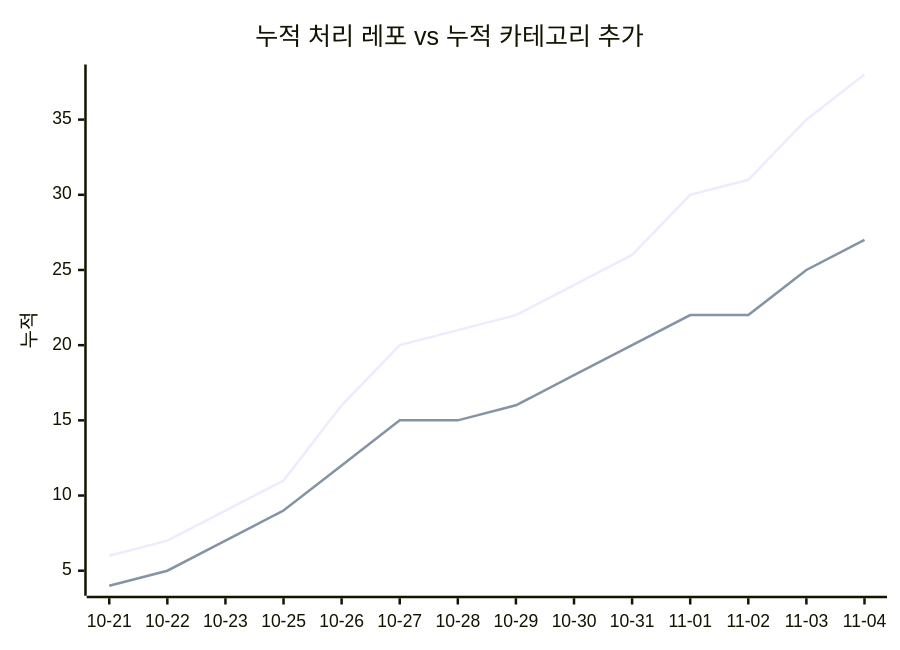
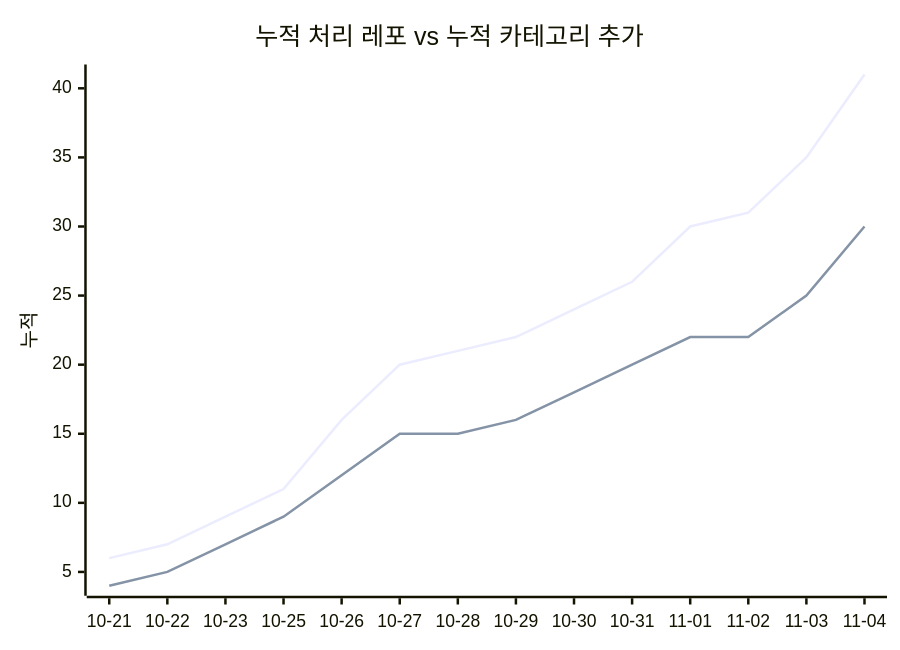
One commit to J-nowcow/awesome-korean-agent-skills changed the second of 2 diagrams in docs/trends.md. Above: the diagram before and after it, drawn with Mermaid. The commit also changed other lines of this file and 6 other files, not shown here.

````diff
--- a/docs/trends.md
+++ b/docs/trends.md
@@ -68,8 +68,8 @@
 ```mermaid
 xychart-beta
     title "누적 처리 레포 vs 누적 카테고리 추가"
     x-axis ["10-21","10-22","10-23","10-25","10-26","10-27","10-28","10-29","10-30","10-31","11-01","11-02","11-03","11-04"]
     y-axis "누적"
-    line [6,7,9,11,16,20,21,22,24,26,30,31,35,38]
-    line [4,5,7,9,12,15,15,16,18,20,22,22,25,27]
+    line [6,7,9,11,16,20,21,22,24,26,30,31,35,41]
+    line [4,5,7,9,12,15,15,16,18,20,22,22,25,30]
 ```
````
